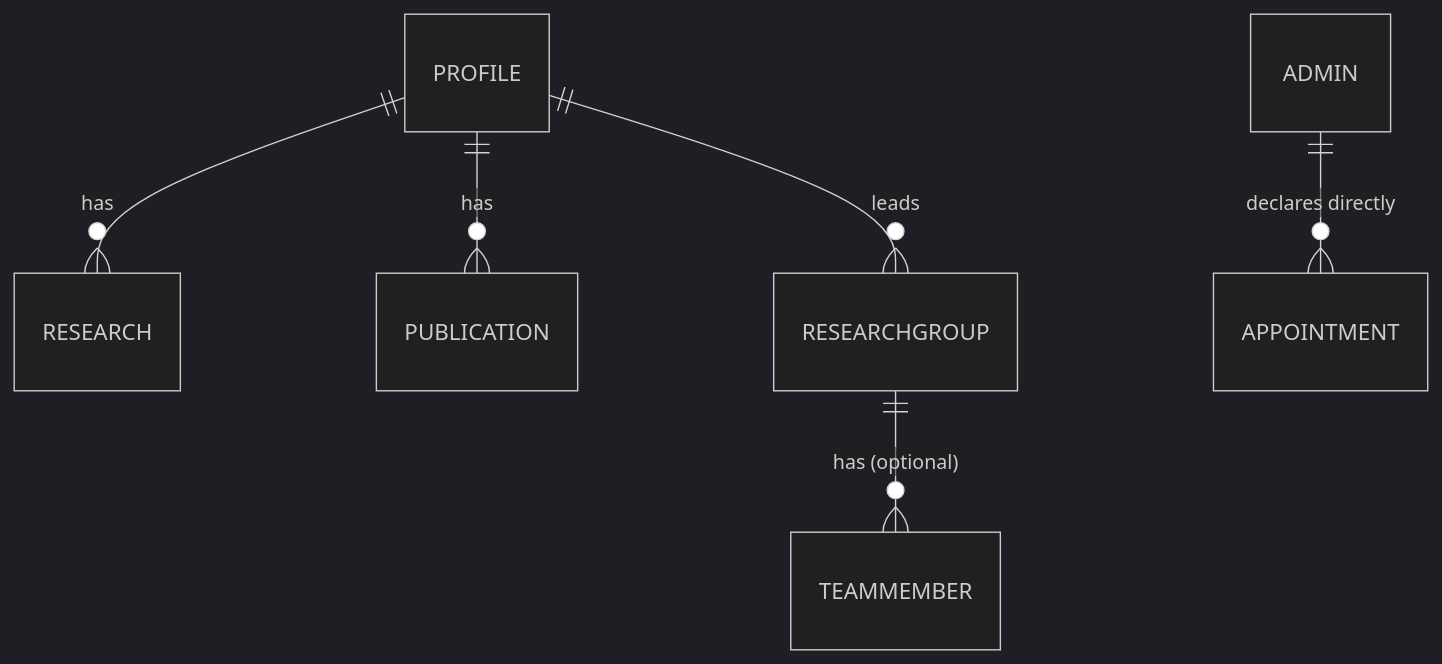
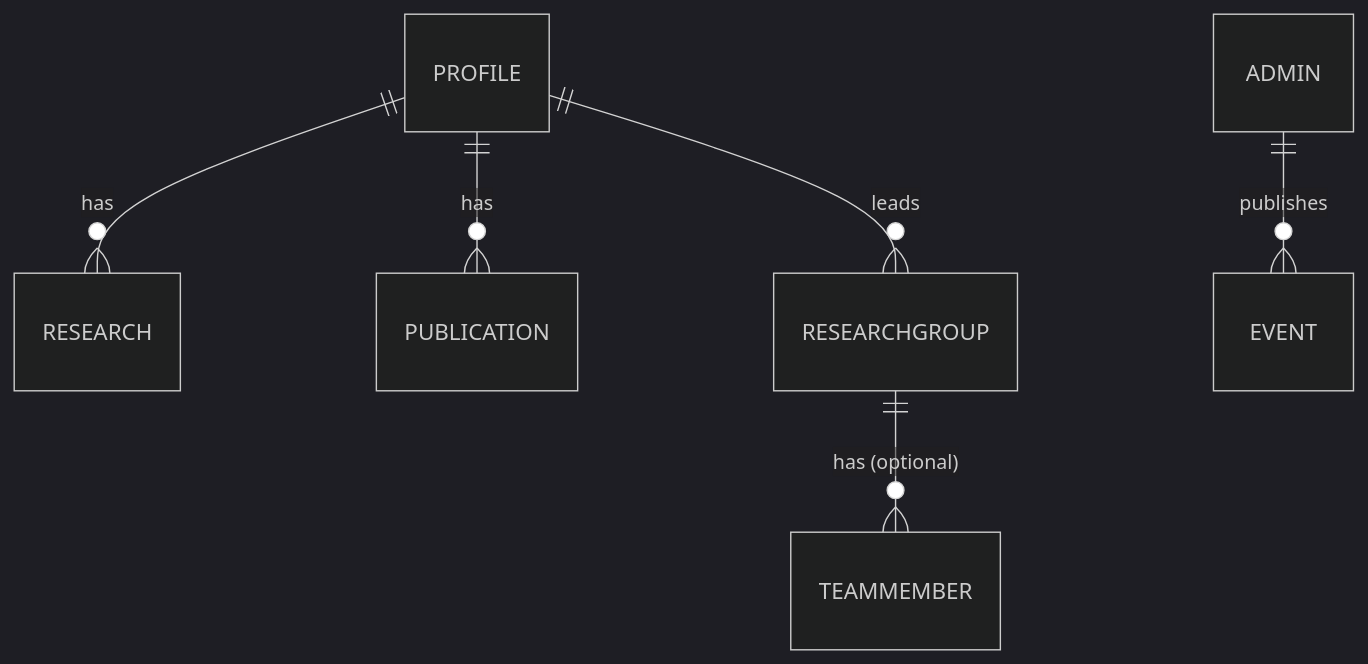
One commit to Wyco68/CulpritWeb changed the diagram in docs/architecture/database.md. Above: the diagram before and after it, drawn with Mermaid (dark theme). The commit also changed other lines of this file and 16 other files, not shown here.

````diff
--- a/docs/architecture/database.md
+++ b/docs/architecture/database.md
@@ -82,8 +77,8 @@
 ```mermaid
 erDiagram
     PROFILE ||--o{ RESEARCH : "has"
     PROFILE ||--o{ PUBLICATION : "has"
     PROFILE ||--o{ RESEARCHGROUP : "leads"
     RESEARCHGROUP ||--o{ TEAMMEMBER : "has (optional)"
-    ADMIN ||--o{ APPOINTMENT : "declares directly"
+    ADMIN ||--o{ EVENT : "publishes"
 ```
````
